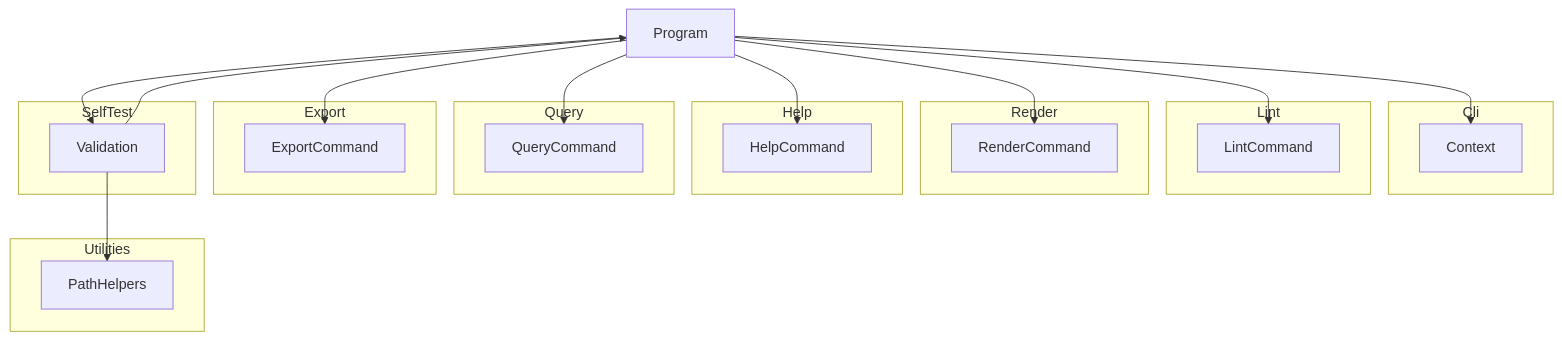
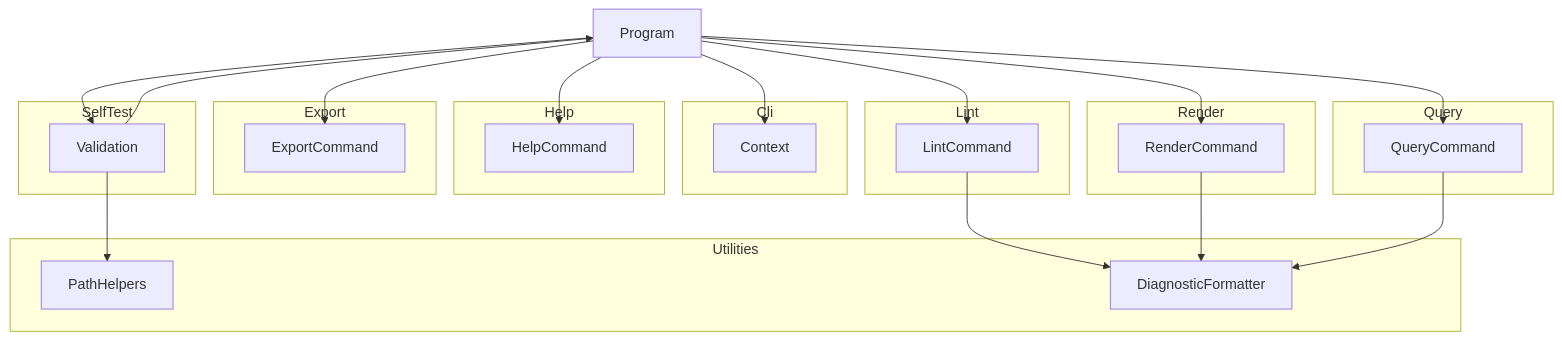
One commit to demaconsulting/SysML2Tools changed the diagram in docs/design/sysml2-tools-tool.md. Above: the diagram before and after it, drawn with Mermaid. The commit also changed other lines of this file and 60 other files, not shown here.

First line of the commit message:
Readable, accurately located diagnostics in lint/render/query (#96, #97) (#120)

````diff
--- a/docs/design/sysml2-tools-tool.md
+++ b/docs/design/sysml2-tools-tool.md
@@ -9,37 +9,41 @@
 ```mermaid
 flowchart TD
     Program
     subgraph Cli
         Context
     end
     subgraph Lint
         LintCommand
     end
     subgraph Render
         RenderCommand
     end
     subgraph Help
         HelpCommand
     end
     subgraph Query
         QueryCommand
     end
     subgraph Export
         ExportCommand
     end
     subgraph SelfTest
         Validation
     end
     subgraph Utilities
         PathHelpers
+        DiagnosticFormatter
     end
     Program --> Context
     Program --> LintCommand
     Program --> RenderCommand
     Program --> HelpCommand
     Program --> QueryCommand
     Program --> ExportCommand
     Program --> Validation
     Validation --> Program
     Validation --> PathHelpers
+    LintCommand --> DiagnosticFormatter
+    RenderCommand --> DiagnosticFormatter
+    QueryCommand --> DiagnosticFormatter
 ```
````
